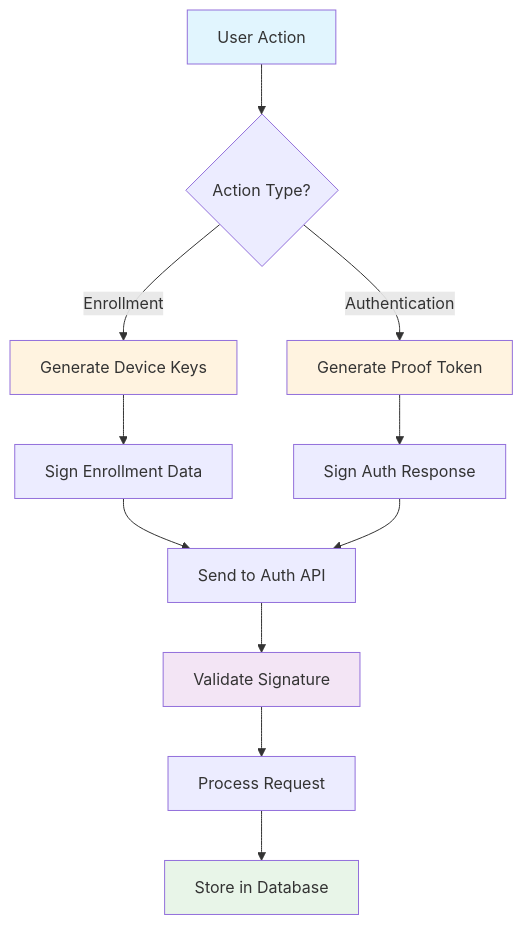
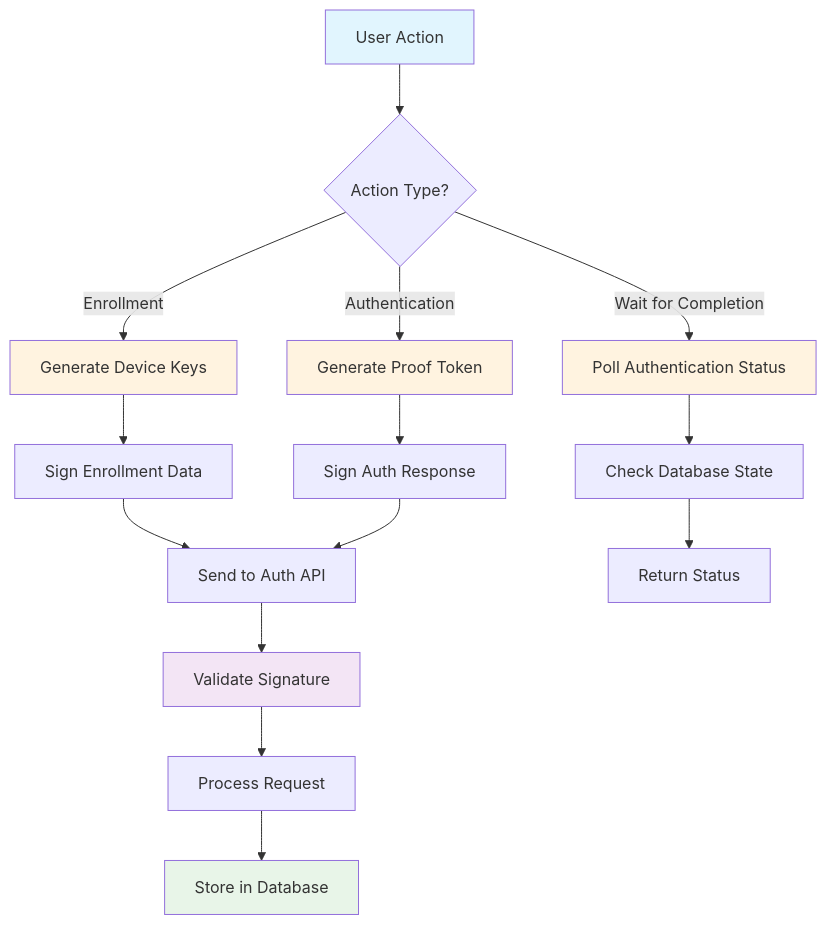
Before and after one commit to mgagp/ezkey: diagram 11 of 11 in README.md, drawn with Mermaid. The commit also changed other lines of this file, not shown here.

First line of the commit message:
docs: update README to reflect changes in Ezkey's features and Wait API

````diff
--- a/README.md
+++ b/README.md
@@ -380,22 +402,26 @@
 ```mermaid
 flowchart TD
     A[User Action] --> B{Action Type?}
     B -->|Enrollment| C[Generate Device Keys]
     B -->|Authentication| D[Generate Proof Token]
+    B -->|Wait for Completion| E[Poll Authentication Status]
     
-    C --> E[Sign Enrollment Data]
-    D --> F[Sign Auth Response]
+    C --> F[Sign Enrollment Data]
+    D --> G[Sign Auth Response]
+    E --> H[Check Database State]
     
-    E --> G[Send to Auth API]
-    F --> G
+    F --> I[Send to Auth API]
+    G --> I
+    H --> J[Return Status]
     
-    G --> H[Validate Signature]
-    H --> I[Process Request]
-    I --> J[Store in Database]
+    I --> K[Validate Signature]
+    K --> L[Process Request]
+    L --> M[Store in Database]
     
     style A fill:#e1f5fe
     style C fill:#fff3e0
     style D fill:#fff3e0
-    style H fill:#f3e5f5
-    style J fill:#e8f5e8
+    style E fill:#fff3e0
+    style K fill:#f3e5f5
+    style M fill:#e8f5e8
 ```
````
